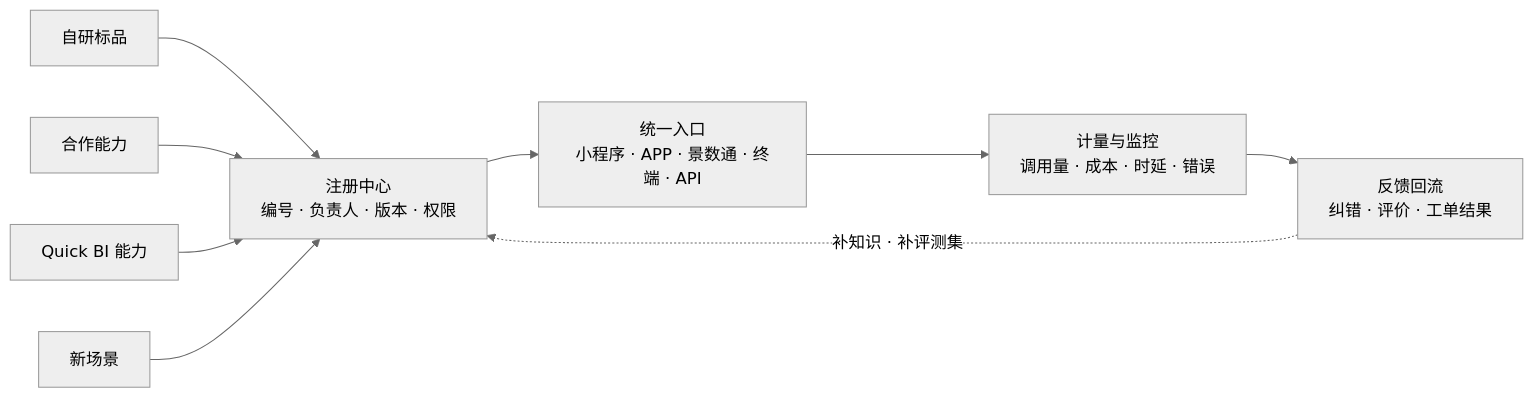
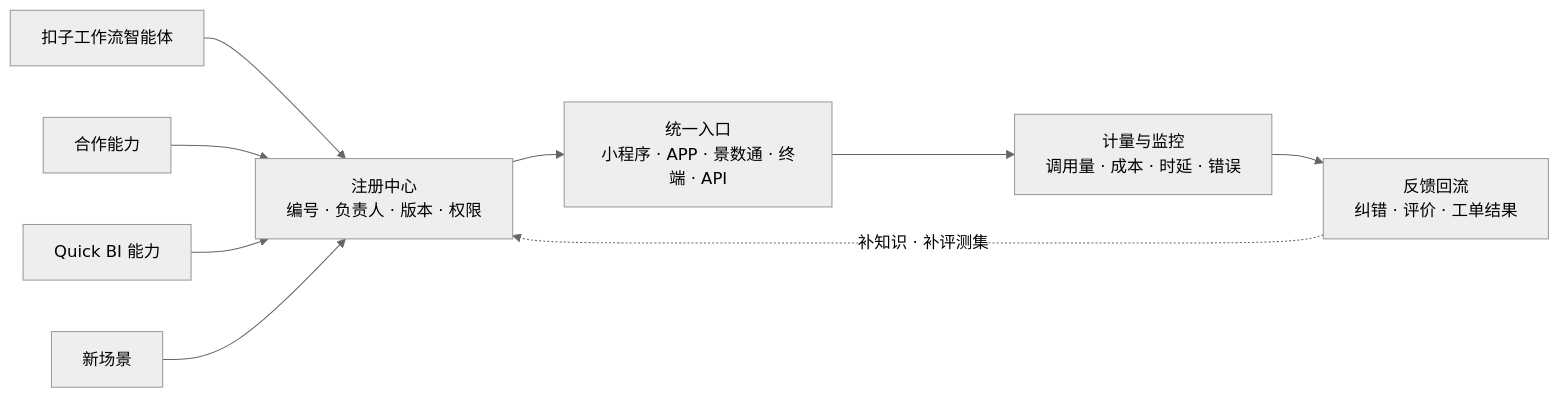
Before and after one commit to keanying/relevance: diagram 18 of 19 in AI＋数据平台建设汇报_正文.md, drawn with Mermaid (neutral theme). The commit also changed other lines of this file and 6 other files, not shown here.

````diff
--- a/AI＋数据平台建设汇报_正文.md
+++ b/AI＋数据平台建设汇报_正文.md
@@ -761,11 +771,11 @@
 ```mermaid
 flowchart LR
-  A1[自研标品] --> R
+  A1[扣子工作流智能体] --> R
   A2[合作能力] --> R
   A3[Quick BI 能力] --> R
   A4[新场景] --> R
   R[注册中心<br/>编号 · 负责人 · 版本 · 权限] --> G[统一入口<br/>小程序 · APP · 景数通 · 终端 · API]
   G --> M[计量与监控<br/>调用量 · 成本 · 时延 · 错误]
   M --> F[反馈回流<br/>纠错 · 评价 · 工单结果]
   F -.补知识 · 补评测集.-> R
 ```
````
